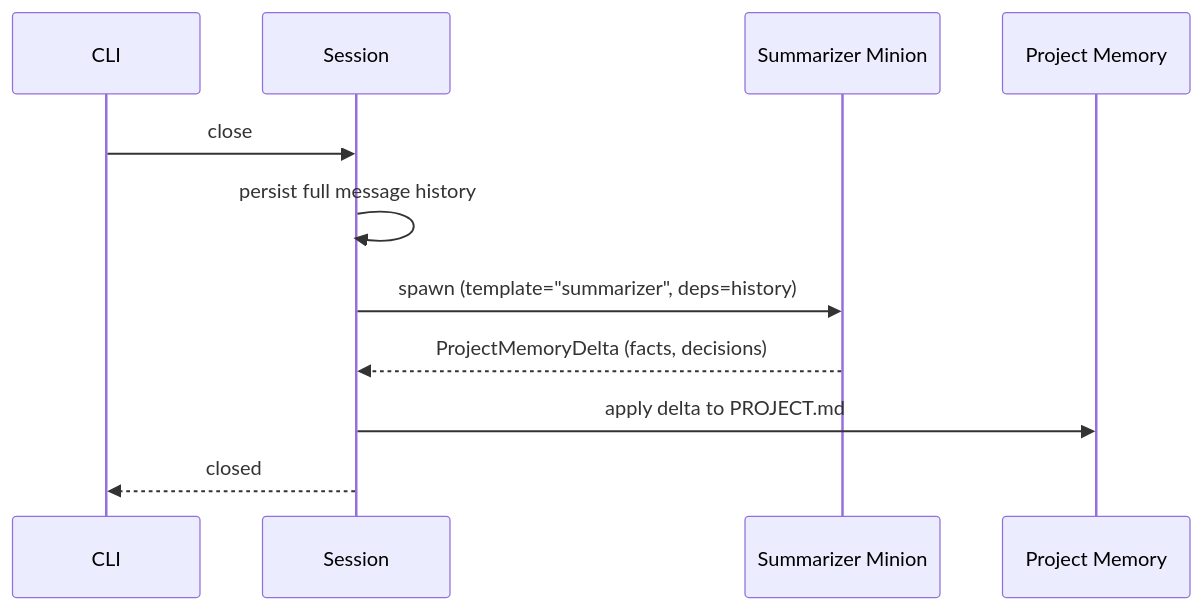
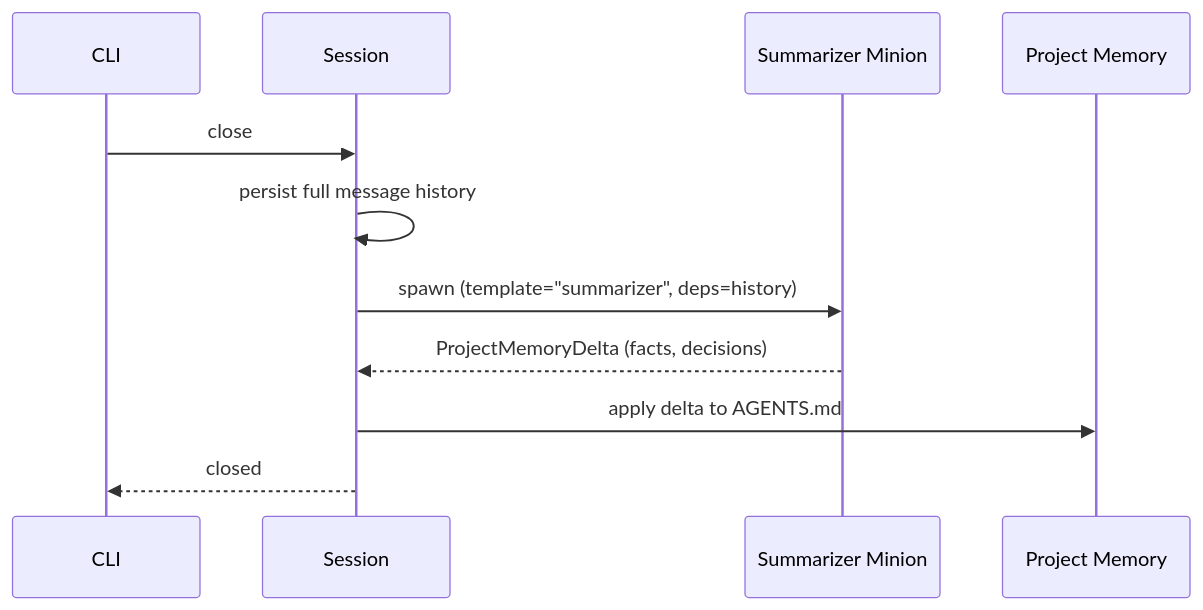
One commit to VENKATESHWARAN-R/JAC changed the fifth of 8 diagrams in ARCHITECTURE.md. Above: the diagram before and after it, drawn with Mermaid. The commit also changed other lines of this file and 16 other files, not shown here.

````diff
--- a/ARCHITECTURE.md
+++ b/ARCHITECTURE.md
@@ -191,14 +191,14 @@
 ```mermaid
 sequenceDiagram
     participant CLI
     participant Session
     participant Summarizer as Summarizer Minion
     participant ProjMem as Project Memory
 
     CLI->>Session: close
     Session->>Session: persist full message history
     Session->>Summarizer: spawn (template="summarizer", deps=history)
     Summarizer-->>Session: ProjectMemoryDelta (facts, decisions)
-    Session->>ProjMem: apply delta to PROJECT.md
+    Session->>ProjMem: apply delta to AGENTS.md
     Session-->>CLI: closed
 ```
````
